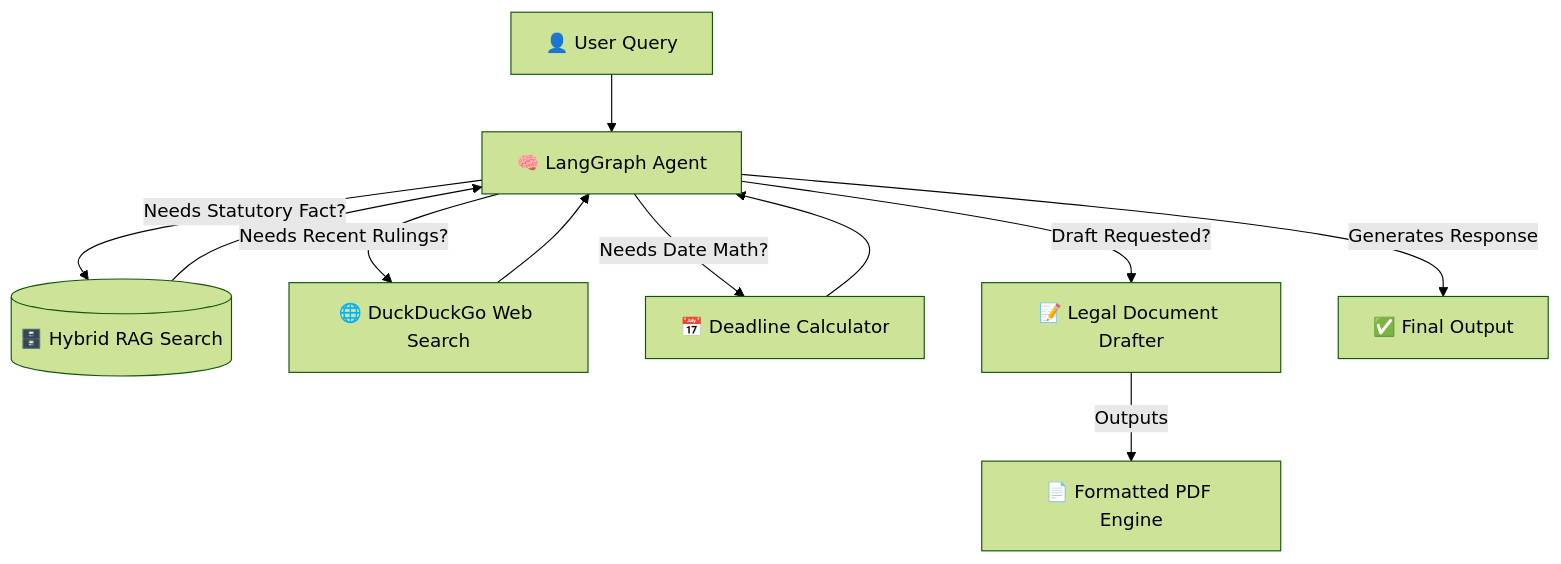
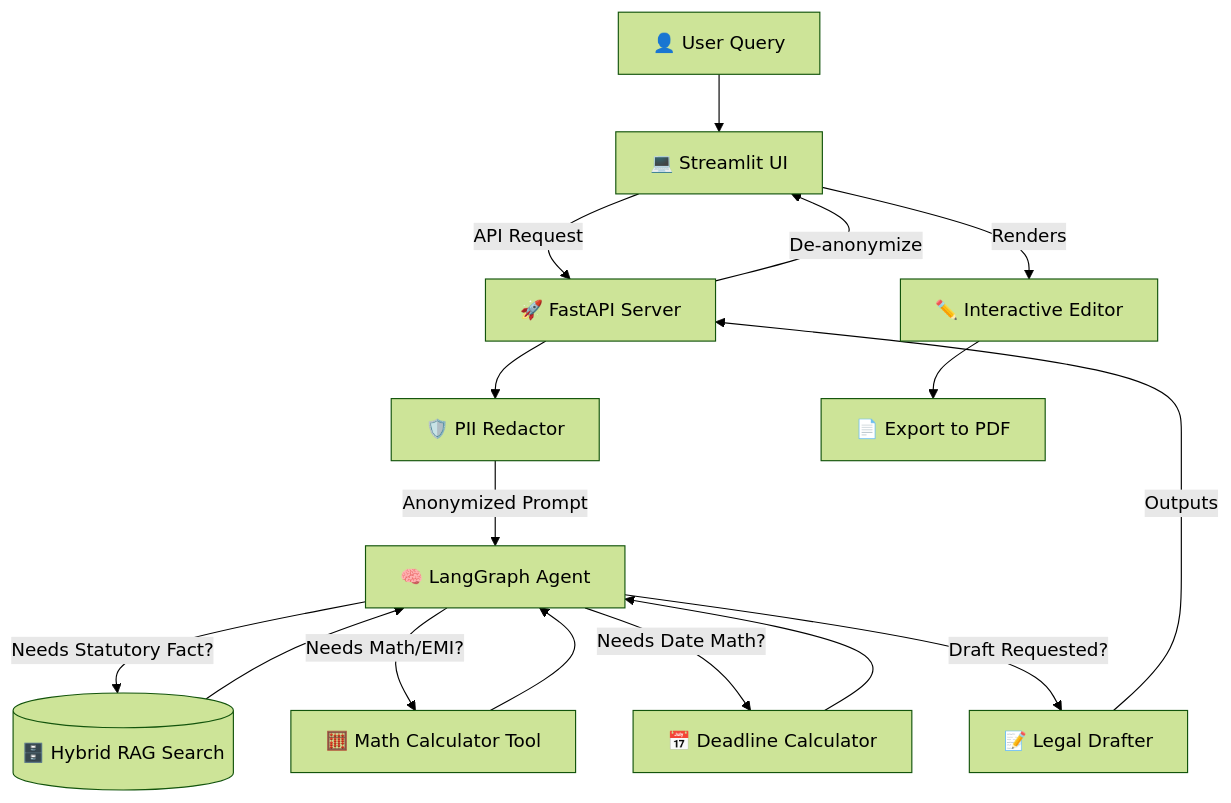
Before and after one commit to Rkgorai/bharat_law_gpt: the diagram in README.md, drawn with Mermaid (forest theme). The commit also changed other lines of this file, not shown here.

Commit message:
Update Readme for Fastapi Server

````diff
--- a/README.md
+++ b/README.md
@@ -26,16 +27,21 @@
 ```mermaid
 graph TD
-    User[👤 User Query] --> Agent[🧠 LangGraph Agent]
+    User[👤 User Query] --> UI[💻 Streamlit UI]
+    UI -->|API Request| S[🚀 FastAPI Server]
+    S --> PII[🛡️ PII Redactor]
+    PII -->|Anonymized Prompt| Agent[🧠 LangGraph Agent]
     
     Agent -->|Needs Statutory Fact?| RAG[(🗄️ Hybrid RAG Search)]
-    Agent -->|Needs Recent Rulings?| Web[🌐 DuckDuckGo Web Search]
-    Agent -->|Needs Date Math?| Calc[📅 Deadline Calculator]
-    Agent -->|Draft Requested?| Drafter[📝 Legal Document Drafter]
+    Agent -->|Needs Math/EMI?| Calc[🧮 Math Calculator Tool]
+    Agent -->|Needs Date Math?| Date[📅 Deadline Calculator]
+    Agent -->|Draft Requested?| Drafter[📝 Legal Drafter]
     
     RAG --> Agent
-    Web --> Agent
     Calc --> Agent
+    Date --> Agent
     
-    Drafter -->|Outputs| PDF[📄 Formatted PDF Engine]
-    Agent -->|Generates Response| Output[✅ Final Output]
+    Drafter -->|Outputs| S
+    S -->|De-anonymize| UI
+    UI -->|Renders| Editor[✏️ Interactive Editor]
+    Editor --> PDF[📄 Export to PDF]
 ```
````
